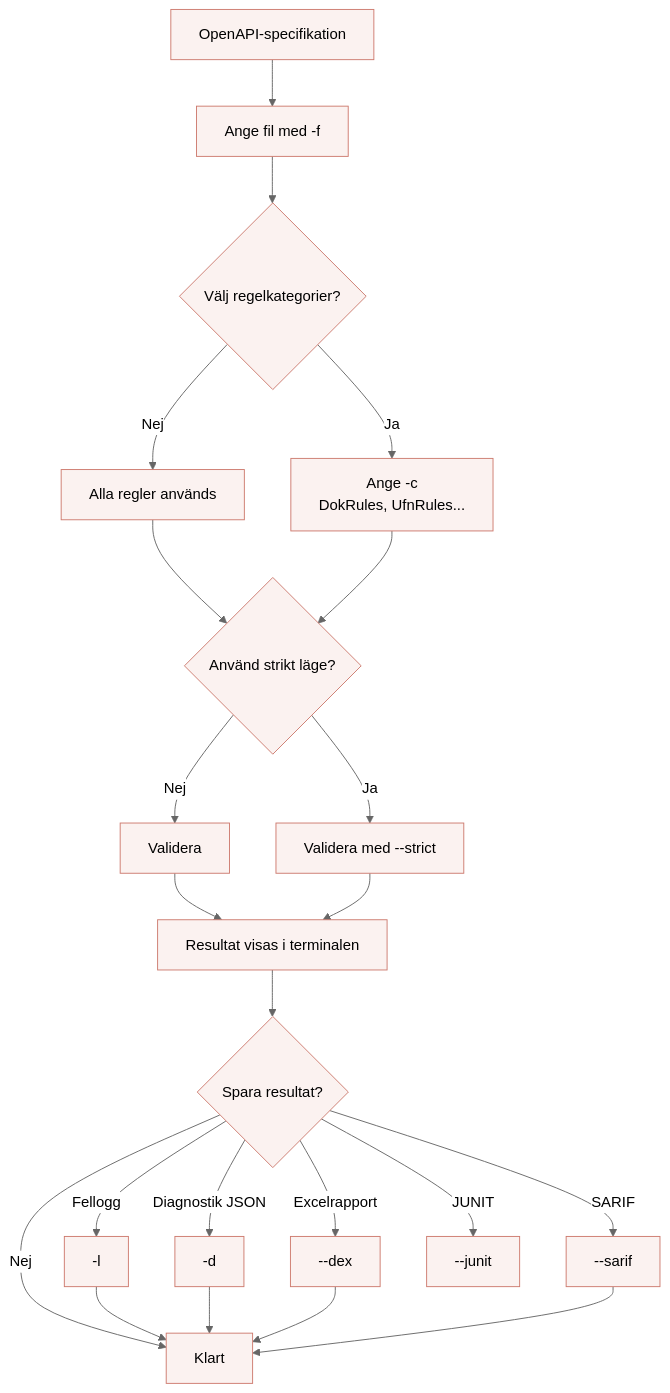
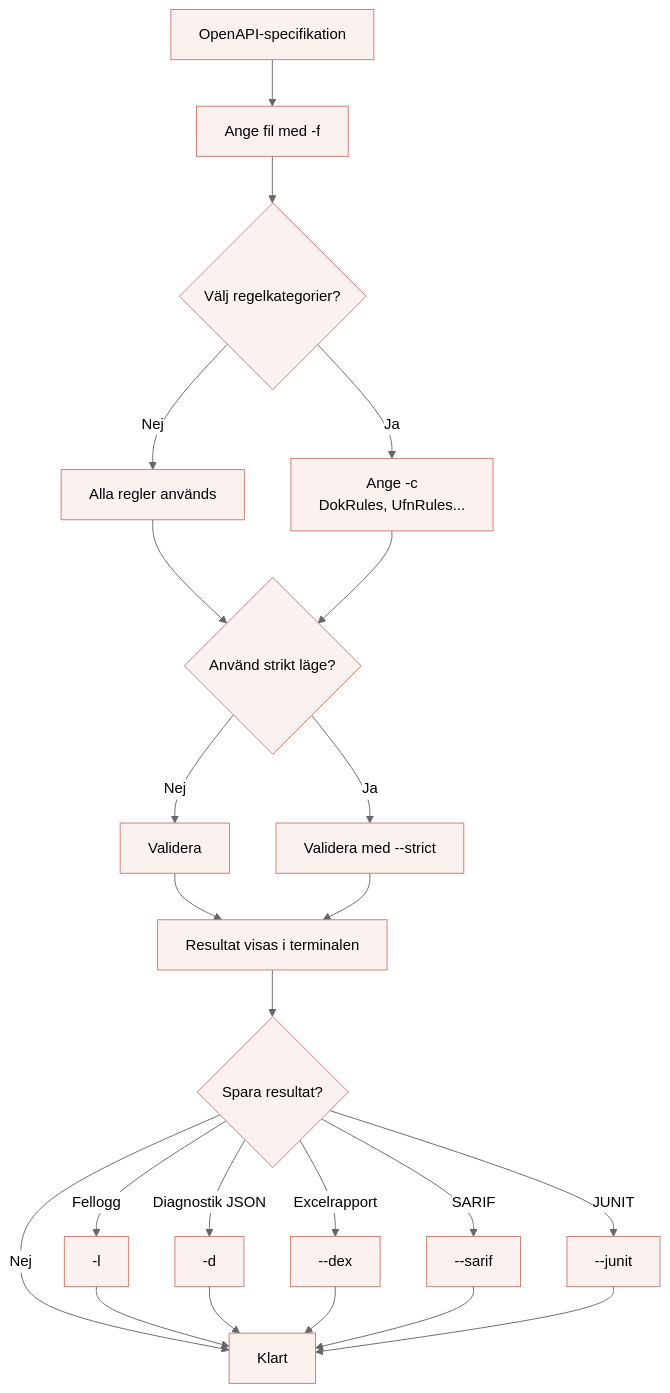
The first of 2 diagrams in README.md (diggsweden/rest-api-profil-lint-processor), drawn with Mermaid before and after one commit.

````diff
--- a/README.md
+++ b/README.md
@@ -456,47 +456,48 @@
 ```mermaid
 %%{init: {
   "theme": "base",
   "themeVariables": {
     "primaryColor": "#fbf2f0",
     "primaryTextColor": "#000",
     "primaryBorderColor": "#cd7a6e",
     "lineColor": "#666",
     "secondaryColor": "#ffffff",
     "tertiaryColor": "#ffffff"
   }
 }}%%
 flowchart TD
 
     A["OpenAPI-specifikation"]
 
     A --> B["Ange fil med -f"]
 
     B --> C{Välj regelkategorier?}
 
     C -->|Nej| D["Alla regler används"]
     C -->|Ja| E["Ange -c <br> DokRules, UfnRules..."]
 
     D --> F{Använd strikt läge?}
     E --> F
 
     F -->|Nej| G["Validera"]
     F -->|Ja| H["Validera med --strict"]
 
     G --> I["Resultat visas i terminalen"]
     H --> I
 
     I --> J{Spara resultat?}
 
     J -->|Nej| K["Klart"]
 
     J -->|Fellogg| L["-l <fil>"]
     J -->|Diagnostik JSON| M["-d <fil>"]
     J -->|Excelrapport| N["--dex"]
     J -->|SARIF| O["--sarif <fil>"]
     J -->|JUNIT| P["--junit <fil>"]
 
     L --> K
     M --> K
     N --> K
     O --> K
+    P --> K
 ```
````
